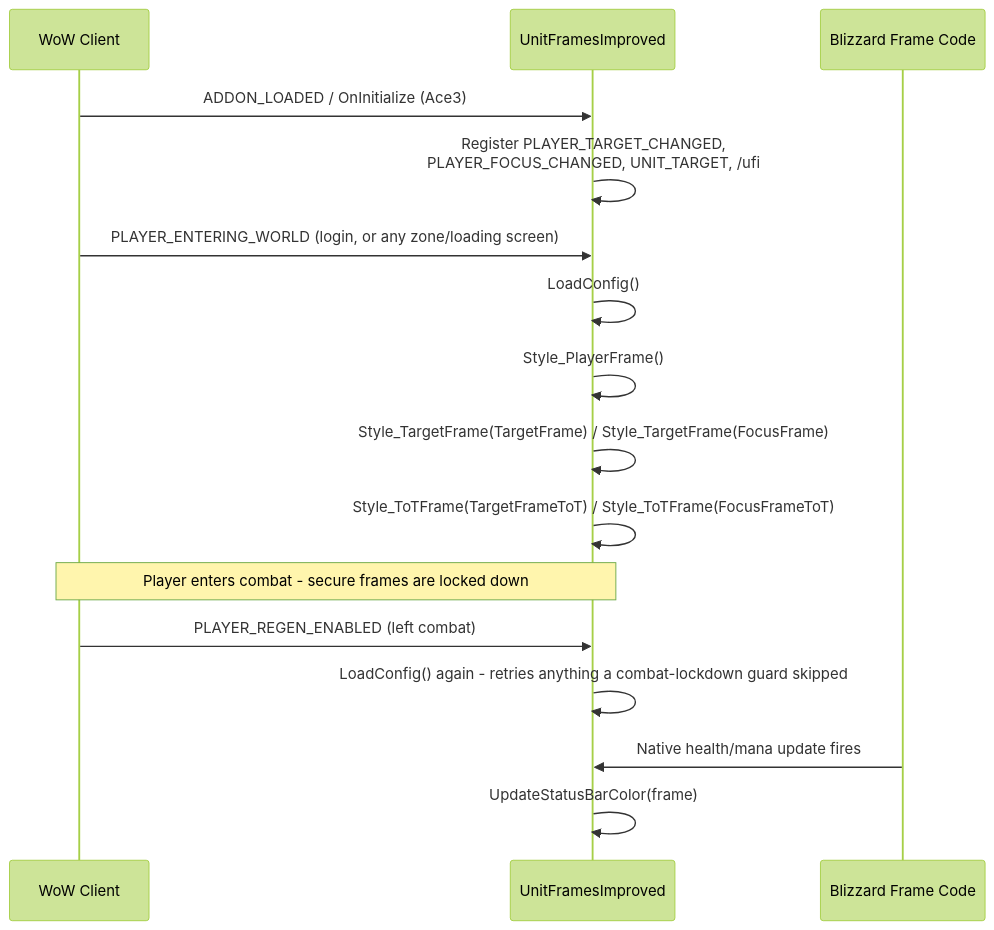
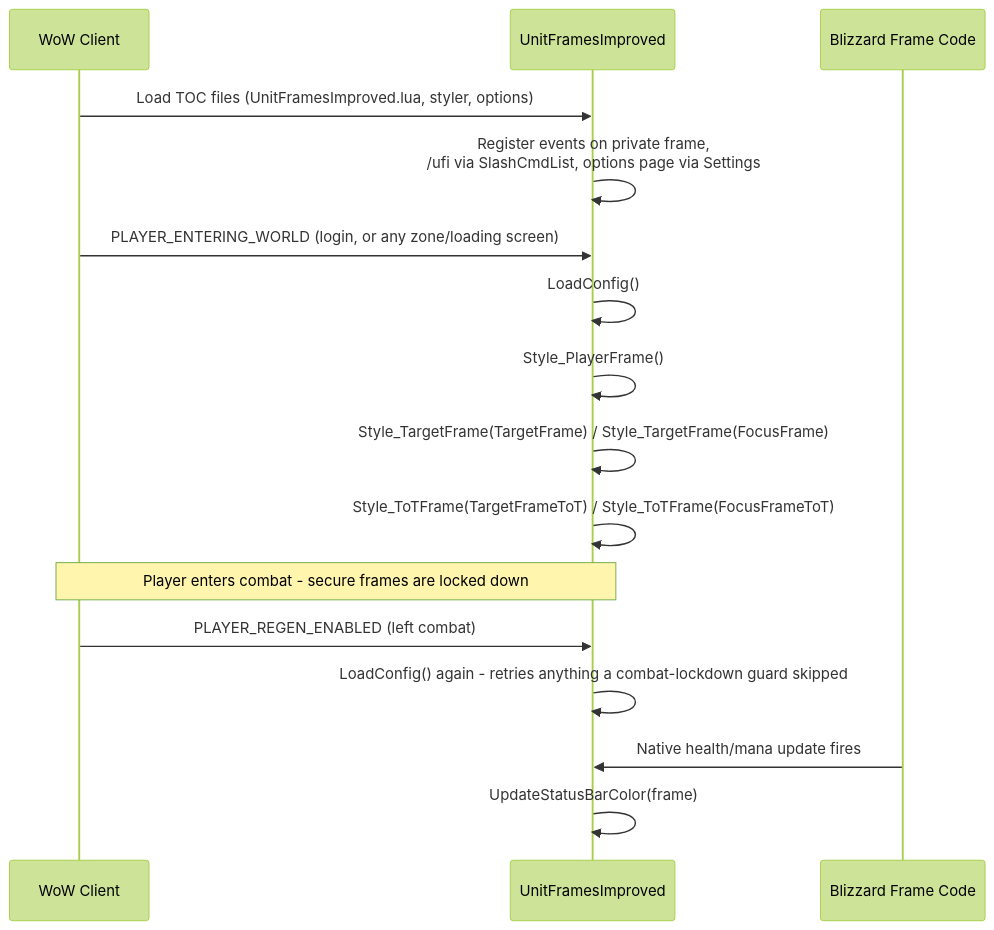
The second of 5 diagrams in ARCHITECTURE.md (kiforsbe/UnitFramesImproved), drawn with Mermaid (forest theme) before and after one commit. The commit also changed other lines of this file and 19 other files, not shown here.

````diff
--- a/ARCHITECTURE.md
+++ b/ARCHITECTURE.md
@@ -77,23 +95,23 @@
 ```mermaid
 sequenceDiagram
     participant WoW as WoW Client
     participant UFI as UnitFramesImproved
     participant Blizz as Blizzard Frame Code
 
-    WoW->>UFI: ADDON_LOADED / OnInitialize (Ace3)
-    UFI->>UFI: Register PLAYER_TARGET_CHANGED,<br/>PLAYER_FOCUS_CHANGED, UNIT_TARGET, /ufi
+    WoW->>UFI: Load TOC files (UnitFramesImproved.lua, styler, options)
+    UFI->>UFI: Register events on private frame,<br/>/ufi via SlashCmdList, options page via Settings
 
     WoW->>UFI: PLAYER_ENTERING_WORLD (login, or any zone/loading screen)
     UFI->>UFI: LoadConfig()
     UFI->>UFI: Style_PlayerFrame()
     UFI->>UFI: Style_TargetFrame(TargetFrame) / Style_TargetFrame(FocusFrame)
     UFI->>UFI: Style_ToTFrame(TargetFrameToT) / Style_ToTFrame(FocusFrameToT)
 
     Note over WoW,UFI: Player enters combat - secure frames are locked down
 
     WoW->>UFI: PLAYER_REGEN_ENABLED (left combat)
     UFI->>UFI: LoadConfig() again - retries anything a combat-lockdown guard skipped
 
     Blizz->>UFI: Native health/mana update fires
     UFI->>UFI: UpdateStatusBarColor(frame)
 ```
````
